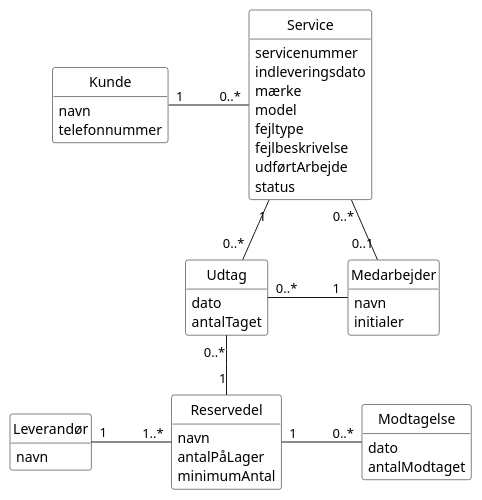
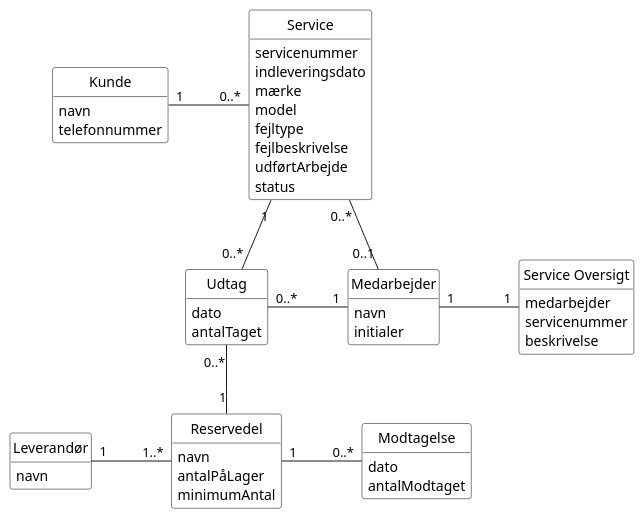
The diagram in 2. Domæne Model/domænemodel.puml (Zoabz/Getting-Real), drawn with PlantUML before and after one commit.

Commit message:
changed domænemodel

```diff
--- a/2. Domæne Model/domænemodel.puml
+++ b/2. Domæne Model/domænemodel.puml
@@ -1,64 +1,71 @@
 @startuml
 ' Samme model som domænemodel.png / domænemodel.drawio
 skinparam monochrome true
 skinparam shadowing false
 skinparam nodesep 80
 skinparam ranksep 60
 skinparam backgroundColor white
 skinparam classAttributeIconSize 0
 skinparam class {
   BackgroundColor white
   BorderColor black
 }
 hide circle
 hide methods
 
 class Kunde {
   navn
   telefonnummer
 }
 
 class Service {
   servicenummer
   indleveringsdato
   mærke
   model
   fejltype
   fejlbeskrivelse
   udførtArbejde
   status
 }
 
 class Medarbejder {
   navn
   initialer
 }
 
 class Udtag {
   dato
   antalTaget
 }
 
 class Reservedel {
   navn
   antalPåLager
   minimumAntal
 }
 
 class Leverandør {
   navn
 }
 
 class Modtagelse {
   dato
   antalModtaget
 }
 
+class "Service Oversigt" {
+  medarbejder
+  servicenummer
+  beskrivelse
+}
+
 Kunde "1" -right- "0..*" Service
 Service "0..*" -right- "0..1" Medarbejder
 Service "1" -down- "0..*" Udtag
 Udtag "0..*" -right- "1" Medarbejder
 Udtag "0..*" -down- "1" Reservedel
 Leverandør "1" -right- "1..*" Reservedel
 Reservedel "1" -right- "0..*" Modtagelse
+Medarbejder "1" -right- "1" "Service Oversigt"
 @enduml
```
